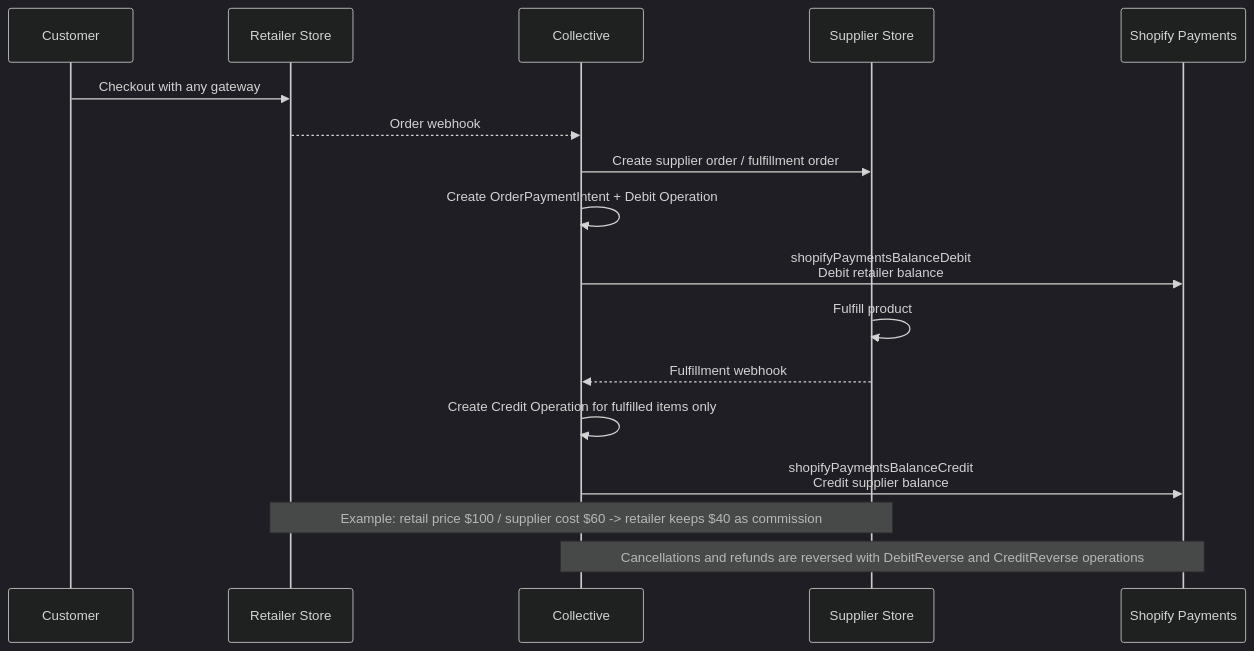
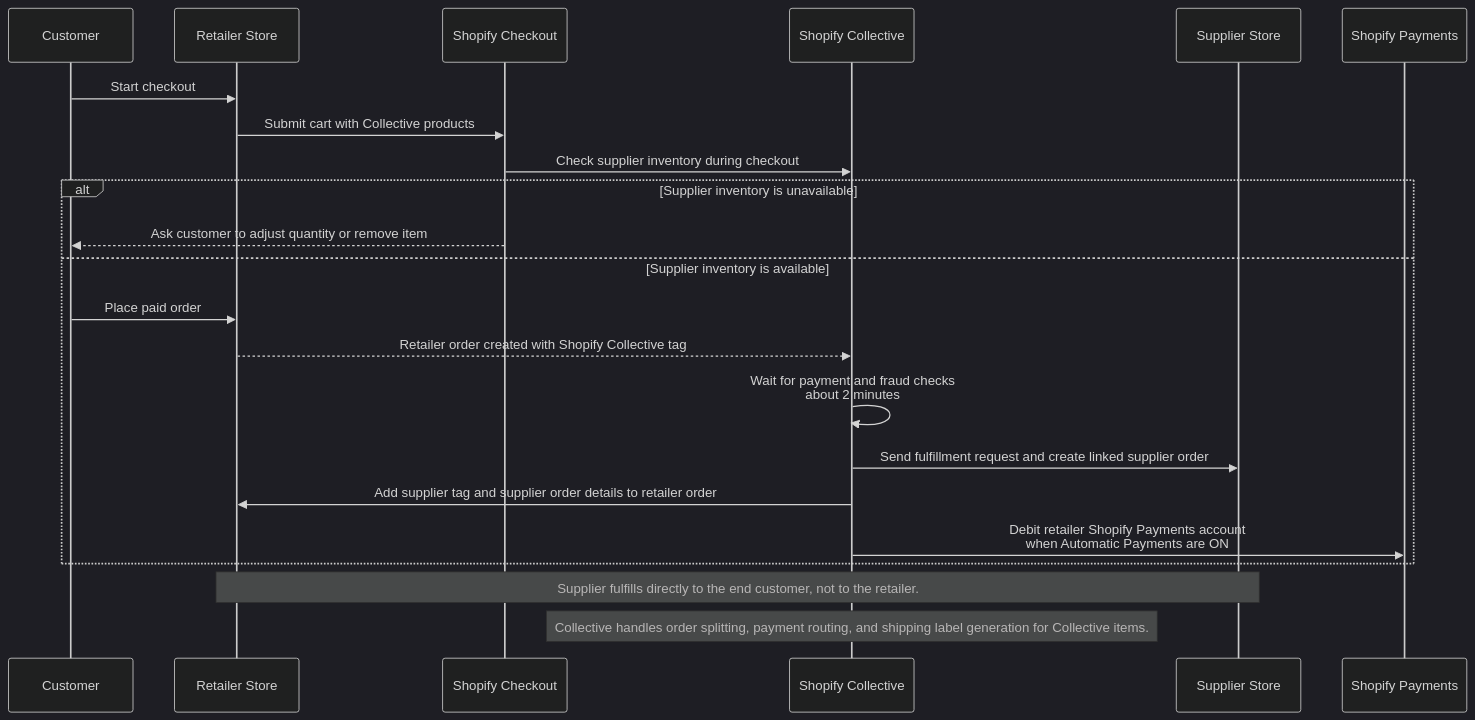
One commit to shopify-apac-ts/shopify-technical-docs changed the fourth of 9 diagrams in shopify-collective-architecture.md. Above: the diagram before and after it, drawn with Mermaid (dark theme). The commit also changed other lines of this file and 1 other file, not shown here.

Commit message:
Update Shopify Collective architecture flows

````diff
--- a/shopify-collective-architecture.md
+++ b/shopify-collective-architecture.md
@@ -30,20 +111,26 @@
 ```mermaid
 sequenceDiagram
-    participant C as Customer
-    participant R as Retailer Store
-    participant COL as Collective
-    participant SUP as Supplier Store
+    participant Cust as Customer
+    participant Ret as Retailer Store
+    participant Checkout as Shopify Checkout
+    participant COL as Shopify Collective
+    participant Sup as Supplier Store
     participant SP as Shopify Payments
 
-    C->>R: Checkout with any gateway
-    R-->>COL: Order webhook
-    COL->>SUP: Create supplier order / fulfillment order
-    COL->>COL: Create OrderPaymentIntent + Debit Operation
-    COL->>SP: shopifyPaymentsBalanceDebit<br/>Debit retailer balance
-    SUP->>SUP: Fulfill product
-    SUP-->>COL: Fulfillment webhook
-    COL->>COL: Create Credit Operation for fulfilled items only
-    COL->>SP: shopifyPaymentsBalanceCredit<br/>Credit supplier balance
-    Note over R,SUP: Example: retail price $100 / supplier cost $60 -> retailer keeps $40 as commission
-    Note over COL,SP: Cancellations and refunds are reversed with DebitReverse and CreditReverse operations
+    Cust->>Ret: Start checkout
+    Ret->>Checkout: Submit cart with Collective products
+    Checkout->>COL: Check supplier inventory during checkout
+    alt Supplier inventory is unavailable
+        Checkout-->>Cust: Ask customer to adjust quantity or remove item
+    else Supplier inventory is available
+        Cust->>Ret: Place paid order
+        Ret-->>COL: Retailer order created with Shopify Collective tag
+        COL->>COL: Wait for payment and fraud checks<br/>about 2 minutes
+        COL->>Sup: Send fulfillment request and create linked supplier order
+        COL->>Ret: Add supplier tag and supplier order details to retailer order
+        COL->>SP: Debit retailer Shopify Payments account<br/>when Automatic Payments are ON
+    end
+
+    Note over Ret,Sup: Supplier fulfills directly to the end customer, not to the retailer.
+    Note over COL: Collective handles order splitting, payment routing, and shipping label generation for Collective items.
 ```
````
